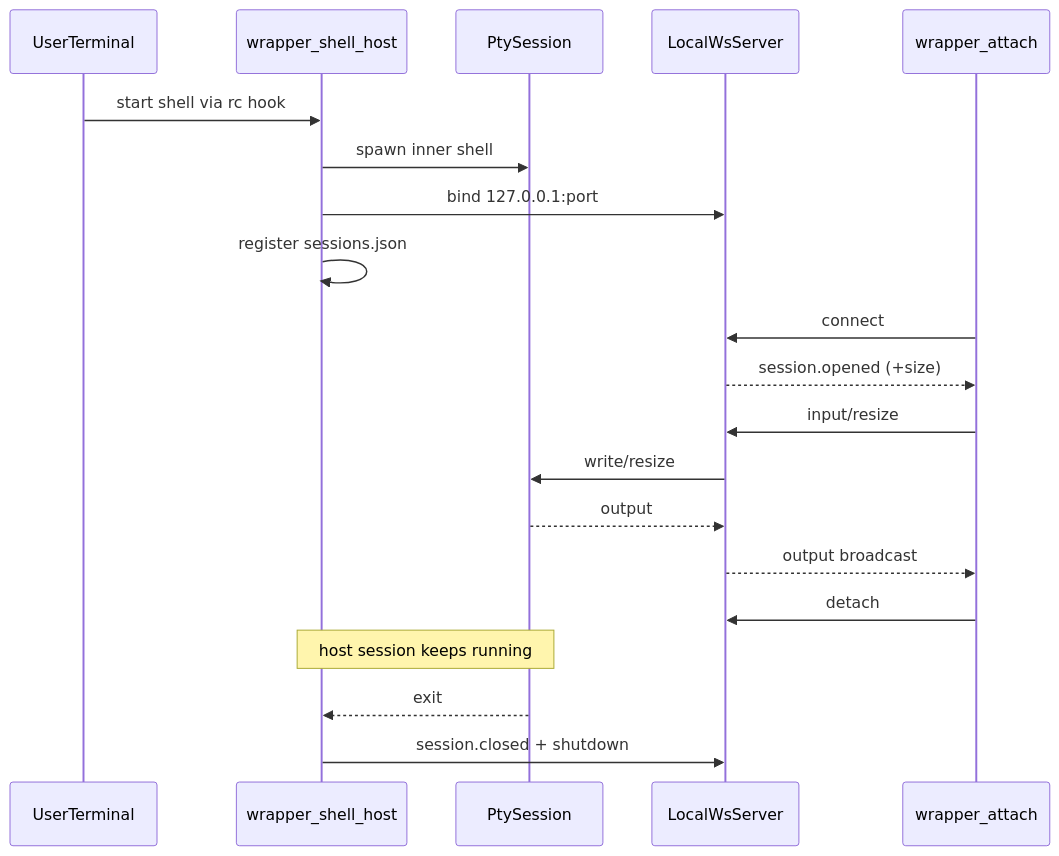
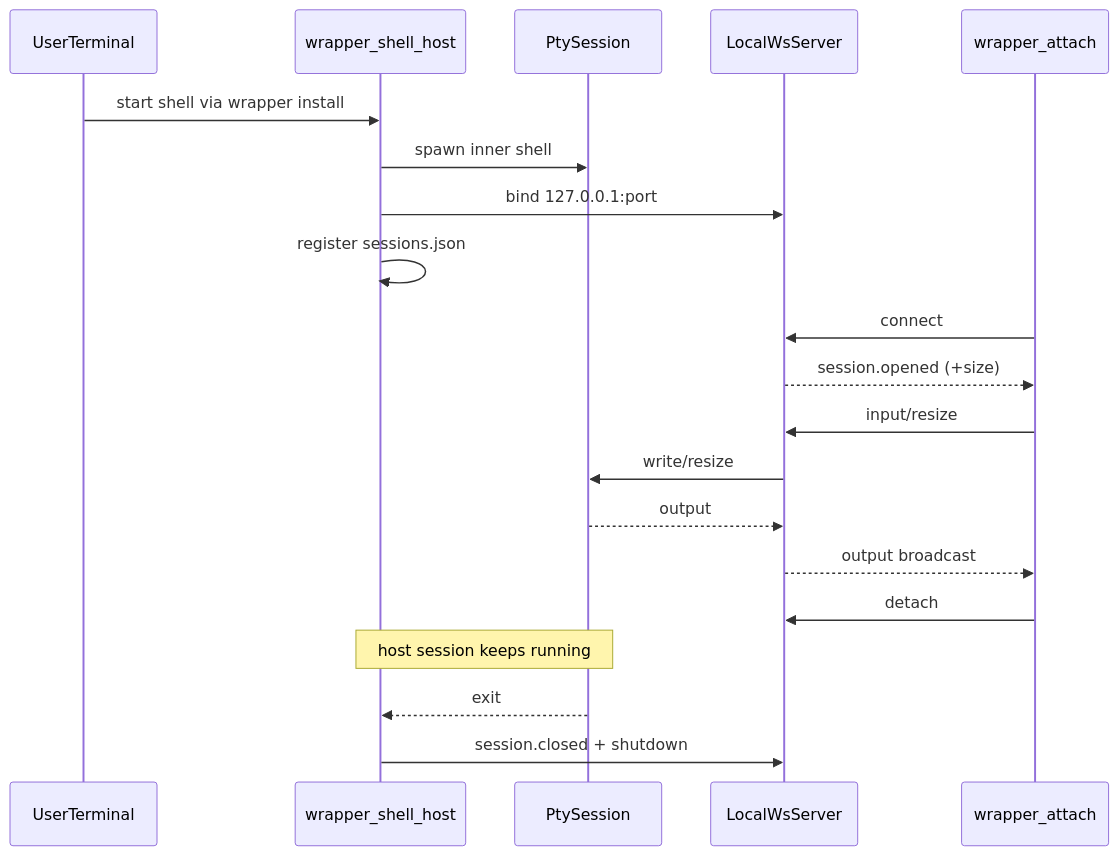
One commit to heycupola/wrapper changed the second of 2 diagrams in apps/cli/README.md. Above: the diagram before and after it, drawn with Mermaid. The commit also changed other lines of this file and 32 other files, not shown here.

````diff
--- a/apps/cli/README.md
+++ b/apps/cli/README.md
@@ -49,23 +48,23 @@
 ```mermaid
 sequenceDiagram
   participant user as UserTerminal
   participant host as wrapper_shell_host
   participant pty as PtySession
   participant ws as LocalWsServer
   participant viewer as wrapper_attach
 
-  user->>host: start shell via rc hook
+  user->>host: start shell via wrapper install
   host->>pty: spawn inner shell
   host->>ws: bind 127.0.0.1:port
   host->>host: register sessions.json
   viewer->>ws: connect
   ws-->>viewer: session.opened (+size)
   viewer->>ws: input/resize
   ws->>pty: write/resize
   pty-->>ws: output
   ws-->>viewer: output broadcast
   viewer->>ws: detach
   Note over host,pty: host session keeps running
   pty-->>host: exit
   host->>ws: session.closed + shutdown
 ```
````
